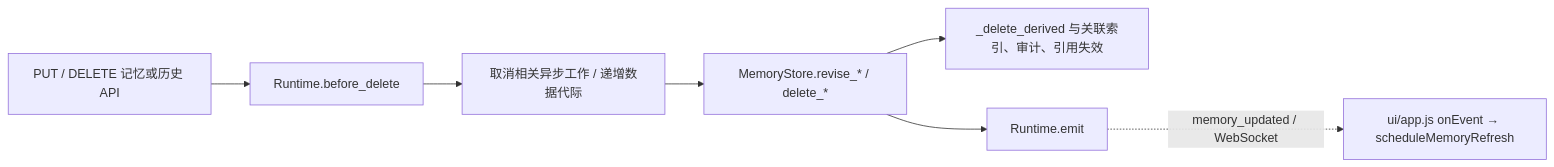
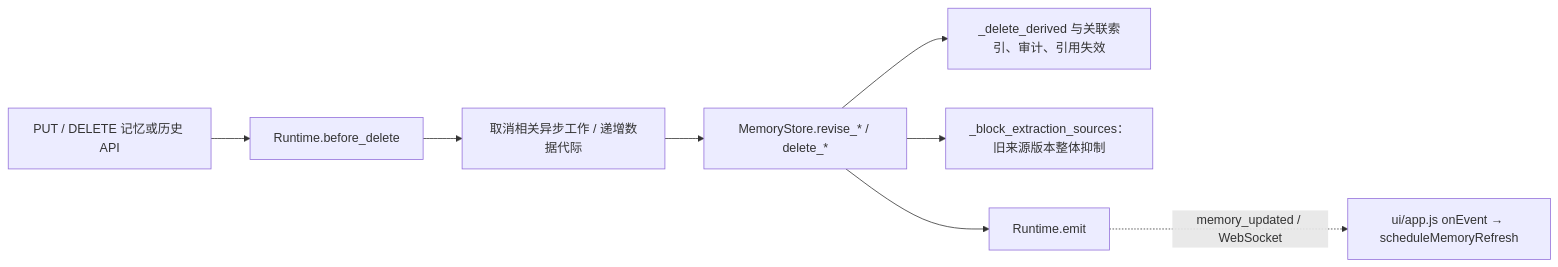
Before and after one commit to MuzeAnisichael/GreatSage: the fourth of 7 diagrams in docs/code-map.md, drawn with Mermaid. The commit also changed other lines of this file and 22 other files, not shown here.

````diff
--- a/docs/code-map.md
+++ b/docs/code-map.md
@@ -159,9 +174,10 @@
 ```mermaid
 flowchart LR
     U["PUT / DELETE 记忆或历史 API"] --> B["Runtime.before_delete"]
     B --> I["取消相关异步工作 / 递增数据代际"]
     I --> M["MemoryStore.revise_* / delete_*"]
     M --> D["_delete_derived 与关联索引、审计、引用失效"]
+    M --> S["_block_extraction_sources：旧来源版本整体抑制"]
     M --> E["Runtime.emit"]
     E -. "memory_updated / WebSocket" .-> UI["ui/app.js onEvent → scheduleMemoryRefresh"]
 ```
````
